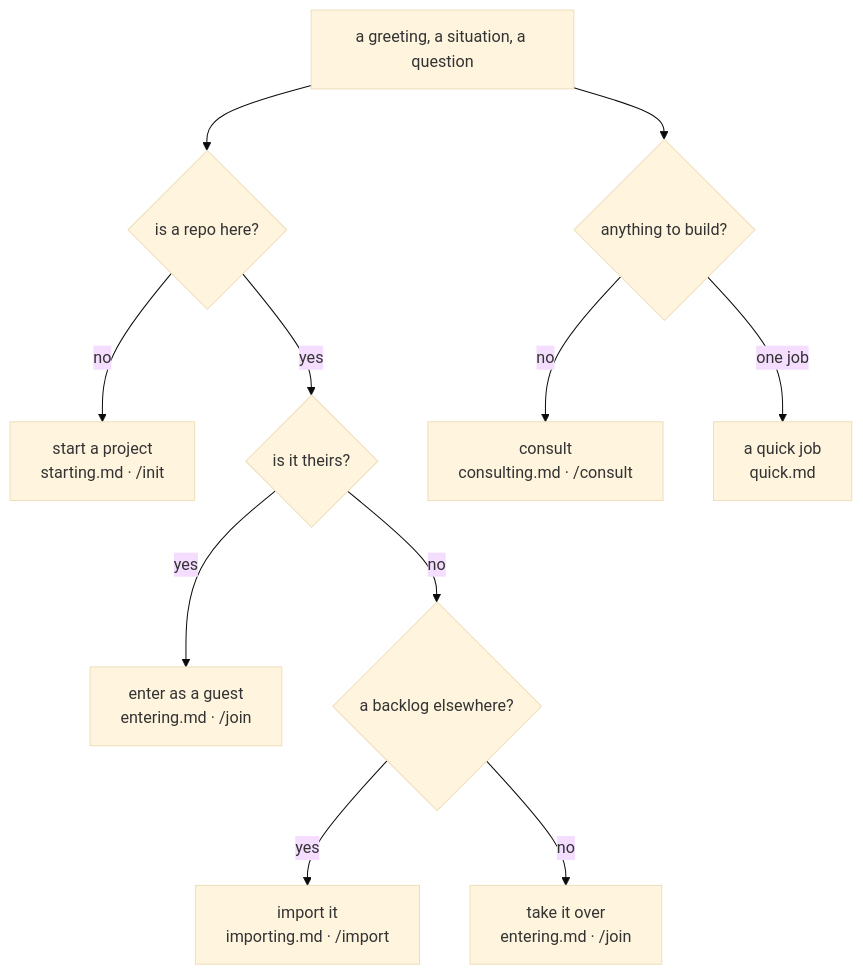
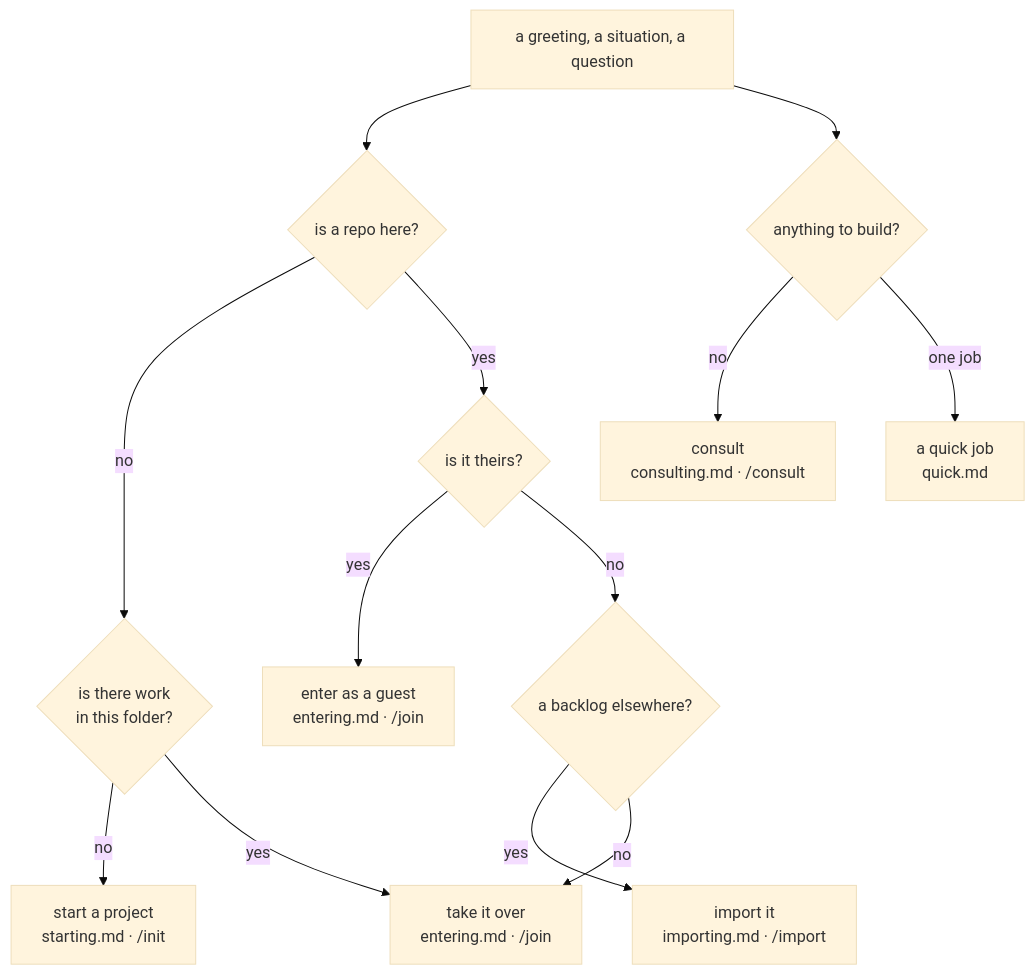
One commit to jamillazarev/opsinist changed the first of 24 diagrams in diagrams.md. Above: the diagram before and after it, drawn with Mermaid (base theme). The commit also changed other lines of this file and 16 other files, not shown here.

Commit message:
the silence ends where it cost most: a folder with no repository is told so, with what the fix costs — and the front door stops routing a full folder to /init

````diff
--- a/diagrams.md
+++ b/diagrams.md
@@ -17,13 +18,15 @@
 ```mermaid
 flowchart TD
   A[a greeting, a situation, a question] --> B{is a repo here?}
-  B -- no --> C[start a project<br/>starting.md · /init]
+  B -- no --> N{is there work<br/>in this folder?}
+  N -- no --> C[start a project<br/>starting.md · /init]
+  N -- yes --> H
   B -- yes --> D{is it theirs?}
   D -- yes --> E[enter as a guest<br/>entering.md · /join]
   D -- no --> F{a backlog elsewhere?}
   F -- yes --> G[import it<br/>importing.md · /import]
   F -- no --> H[take it over<br/>entering.md · /join]
   A --> I{anything to build?}
   I -- no --> J[consult<br/>consulting.md · /consult]
   I -- one job --> K[a quick job<br/>quick.md]
 ```
````
